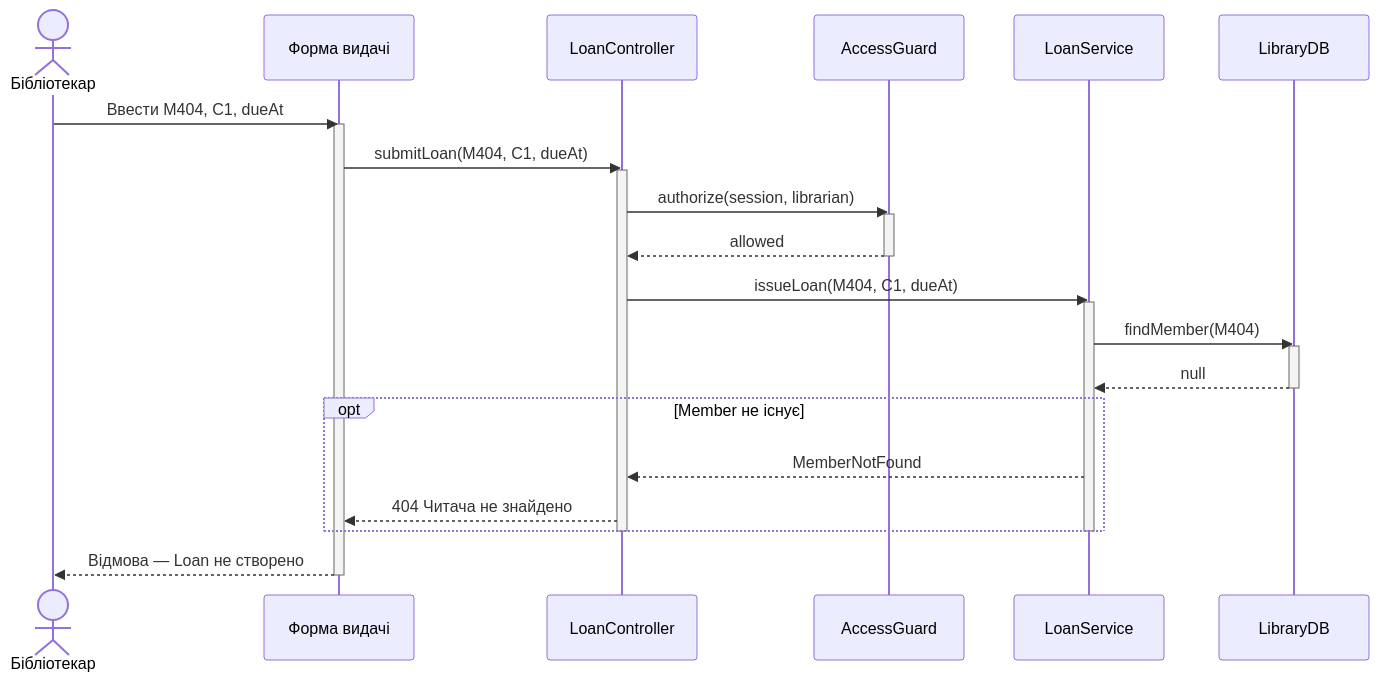
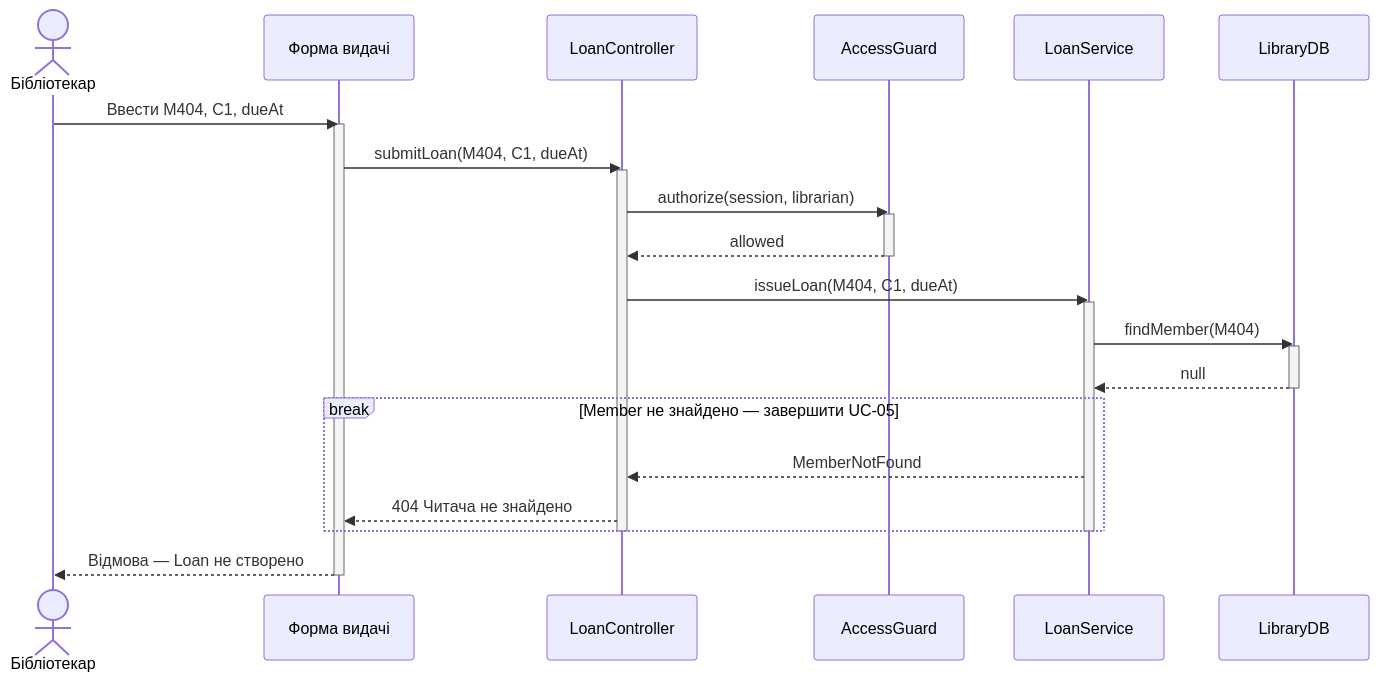
The diagram in sequence/S-05-member-missing.mmd (Alex9011/KPI2-Lab3), drawn with Mermaid before and after one commit. The commit also changed 1 other file, not shown here.

Commit message:
Stop missing entity scenarios with break

```diff
--- a/sequence/S-05-member-missing.mmd
+++ b/sequence/S-05-member-missing.mmd
@@ -1,30 +1,30 @@
 sequenceDiagram
     %% title: S-05 — Читача не знайдено
     actor B as Бібліотекар
     participant UI as Форма видачі
     participant C as LoanController
     participant A as AccessGuard
     participant S as LoanService
     participant D as LibraryDB
     B->>UI: Ввести M404, C1, dueAt
     activate UI
     UI->>C: submitLoan(M404, C1, dueAt)
     activate C
     C->>A: authorize(session, librarian)
     activate A
     A-->>C: allowed
     deactivate A
     C->>S: issueLoan(M404, C1, dueAt)
     activate S
     S->>D: findMember(M404)
     activate D
     D-->>S: null
     deactivate D
-    opt Member не існує
+    break Member не знайдено — завершити UC-05
         S-->>C: MemberNotFound
         C-->>UI: 404 Читача не знайдено
     end
     deactivate S
     deactivate C
     UI-->>B: Відмова — Loan не створено
     deactivate UI
```
